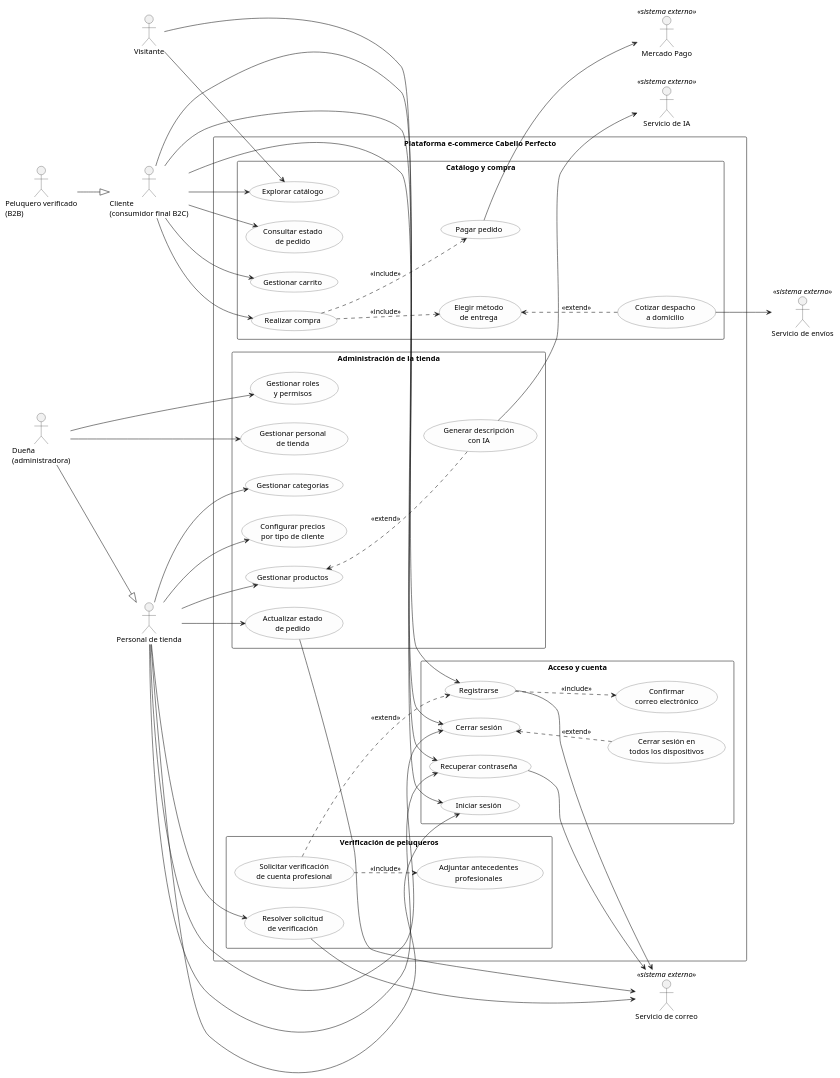
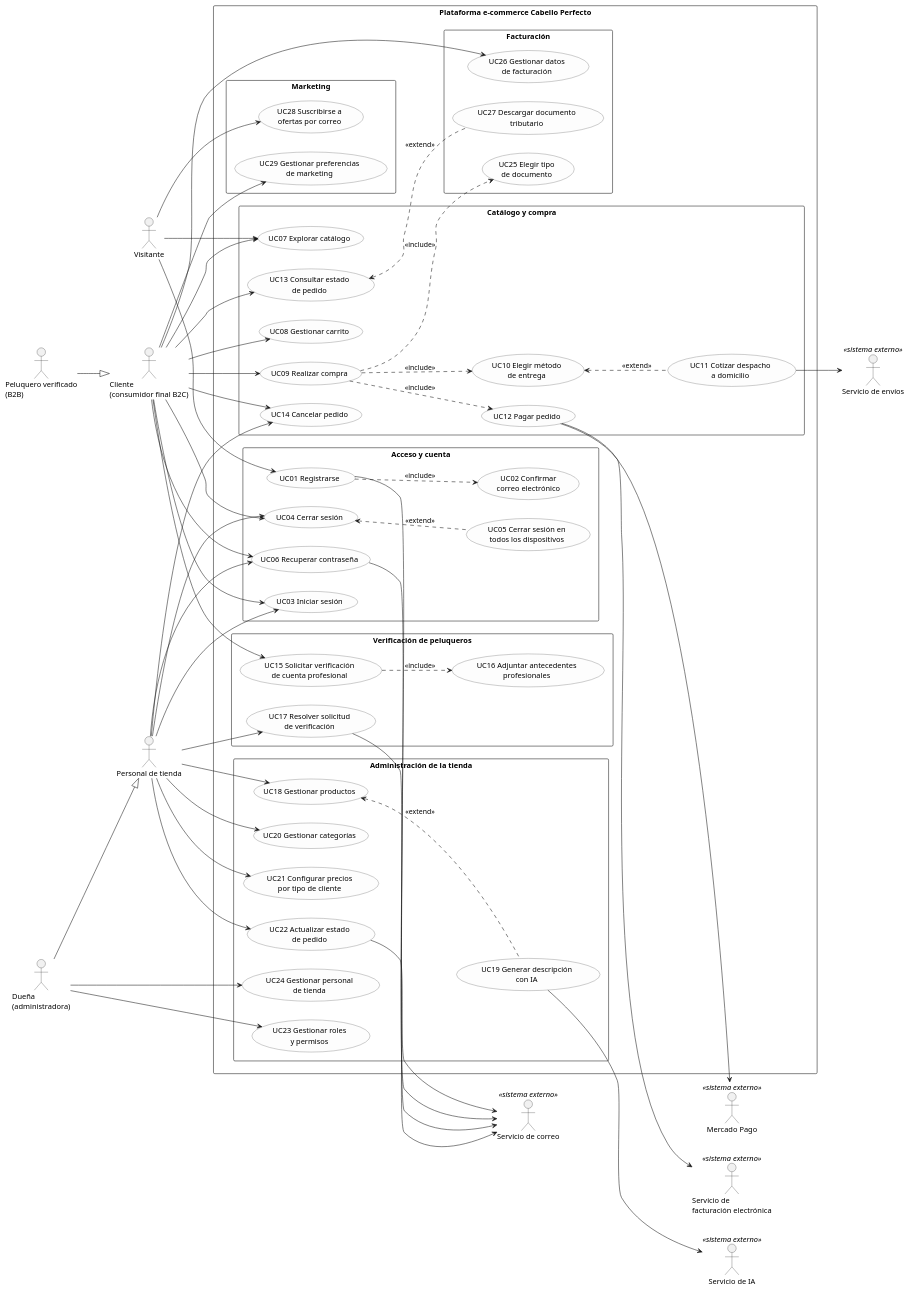
Before and after one commit to Contrum-Projects/fase-1: the diagram in diagramas/casos_de_uso_general.puml, drawn with PlantUML. The commit also changed 3 other files, not shown here.

Commit message:
Update use case diagram and entity relationship diagram with new use cases and LEAD entity

```diff
--- a/diagramas/casos_de_uso_general.puml
+++ b/diagramas/casos_de_uso_general.puml
@@ -1,109 +1,130 @@
 @startuml casos_de_uso_general
 left to right direction
 skinparam shadowing false
 skinparam defaultFontName Arial
 skinparam packageStyle rectangle
 skinparam usecase {
   BackgroundColor #FDFDFD
   BorderColor #444444
 }
 
 ' ================= Actores primarios (izquierda) =================
 actor "Visitante" as V
 actor "Cliente\n(consumidor final B2C)" as C
 actor "Peluquero verificado\n(B2B)" as P
 actor "Personal de tienda" as S
 actor "Dueña\n(administradora)" as D
 
 ' Generalizaciones: cada actor hereda lo del anterior
 P --|> C
 D --|> S
 
 ' ================= Actores secundarios (derecha) =================
 actor "Mercado Pago" as MP <<sistema externo>>
 actor "Servicio de envíos" as ENV <<sistema externo>>
 actor "Servicio de correo" as MAIL <<sistema externo>>
 actor "Servicio de IA" as IA <<sistema externo>>
+actor "Servicio de\nfacturación electrónica" as FACT <<sistema externo>>
 
 rectangle "Plataforma e-commerce Cabello Perfecto" {
 
   package "Acceso y cuenta" {
-    usecase "Registrarse" as UC01
-    usecase "Confirmar\ncorreo electrónico" as UC02
-    usecase "Iniciar sesión" as UC03
-    usecase "Cerrar sesión" as UC04
-    usecase "Cerrar sesión en\ntodos los dispositivos" as UC05
-    usecase "Recuperar contraseña" as UC06
+    usecase "UC01 Registrarse" as UC01
+    usecase "UC02 Confirmar\ncorreo electrónico" as UC02
+    usecase "UC03 Iniciar sesión" as UC03
+    usecase "UC04 Cerrar sesión" as UC04
+    usecase "UC05 Cerrar sesión en\ntodos los dispositivos" as UC05
+    usecase "UC06 Recuperar contraseña" as UC06
   }
 
   package "Catálogo y compra" {
-    usecase "Explorar catálogo" as UC07
-    usecase "Gestionar carrito" as UC08
-    usecase "Realizar compra" as UC09
-    usecase "Elegir método\nde entrega" as UC10
-    usecase "Cotizar despacho\na domicilio" as UC11
-    usecase "Pagar pedido" as UC12
-    usecase "Consultar estado\nde pedido" as UC13
+    usecase "UC07 Explorar catálogo" as UC07
+    usecase "UC08 Gestionar carrito" as UC08
+    usecase "UC09 Realizar compra" as UC09
+    usecase "UC10 Elegir método\nde entrega" as UC10
+    usecase "UC11 Cotizar despacho\na domicilio" as UC11
+    usecase "UC12 Pagar pedido" as UC12
+    usecase "UC13 Consultar estado\nde pedido" as UC13
+    usecase "UC14 Cancelar pedido" as UC14
+  }
+
+  package "Facturación" {
+    usecase "UC25 Elegir tipo\nde documento" as UC25
+    usecase "UC26 Gestionar datos\nde facturación" as UC26
+    usecase "UC27 Descargar documento\ntributario" as UC27
   }
 
   package "Verificación de peluqueros" {
-    usecase "Solicitar verificación\nde cuenta profesional" as UC15
-    usecase "Adjuntar antecedentes\nprofesionales" as UC16
-    usecase "Resolver solicitud\nde verificación" as UC17
+    usecase "UC15 Solicitar verificación\nde cuenta profesional" as UC15
+    usecase "UC16 Adjuntar antecedentes\nprofesionales" as UC16
+    usecase "UC17 Resolver solicitud\nde verificación" as UC17
+  }
+
+  package "Marketing" {
+    usecase "UC28 Suscribirse a\nofertas por correo" as UC28
+    usecase "UC29 Gestionar preferencias\nde marketing" as UC29
   }
 
   package "Administración de la tienda" {
-    usecase "Gestionar productos" as UC18
-    usecase "Generar descripción\ncon IA" as UC19
-    usecase "Gestionar categorías" as UC20
-    usecase "Configurar precios\npor tipo de cliente" as UC21
-    usecase "Actualizar estado\nde pedido" as UC22
-    usecase "Gestionar roles\ny permisos" as UC23
-    usecase "Gestionar personal\nde tienda" as UC24
+    usecase "UC18 Gestionar productos" as UC18
+    usecase "UC19 Generar descripción\ncon IA" as UC19
+    usecase "UC20 Gestionar categorías" as UC20
+    usecase "UC21 Configurar precios\npor tipo de cliente" as UC21
+    usecase "UC22 Actualizar estado\nde pedido" as UC22
+    usecase "UC23 Gestionar roles\ny permisos" as UC23
+    usecase "UC24 Gestionar personal\nde tienda" as UC24
   }
 }
 
 ' ================= Actores primarios -> casos de uso =================
 V --> UC01
 V --> UC07
+V --> UC28
 
 C --> UC03
 C --> UC04
 C --> UC06
 C --> UC07
 C --> UC08
 C --> UC09
 C --> UC13
+C --> UC14
+C --> UC15
+C --> UC26
+C --> UC29
 
 S --> UC03
 S --> UC04
 S --> UC06
+S --> UC14
 S --> UC17
 S --> UC18
 S --> UC20
 S --> UC21
 S --> UC22
 
 D --> UC23
 D --> UC24
 
 ' ================= Relaciones entre casos de uso =================
 UC01 ..> UC02 : <<include>>
 UC09 ..> UC10 : <<include>>
 UC09 ..> UC12 : <<include>>
+UC09 ..> UC25 : <<include>>
 UC15 ..> UC16 : <<include>>
 UC05 .up.> UC04 : <<extend>>
 UC11 .up.> UC10 : <<extend>>
 UC19 .up.> UC18 : <<extend>>
-UC15 ..> UC01 : <<extend>>
+UC27 .up.> UC13 : <<extend>>
 
 ' ================= Actores secundarios =================
 UC12 --> MP
+UC12 --> FACT
 UC11 --> ENV
 UC01 --> MAIL
 UC06 --> MAIL
 UC17 --> MAIL
 UC22 --> MAIL
 UC19 --> IA
 
 @enduml
```
